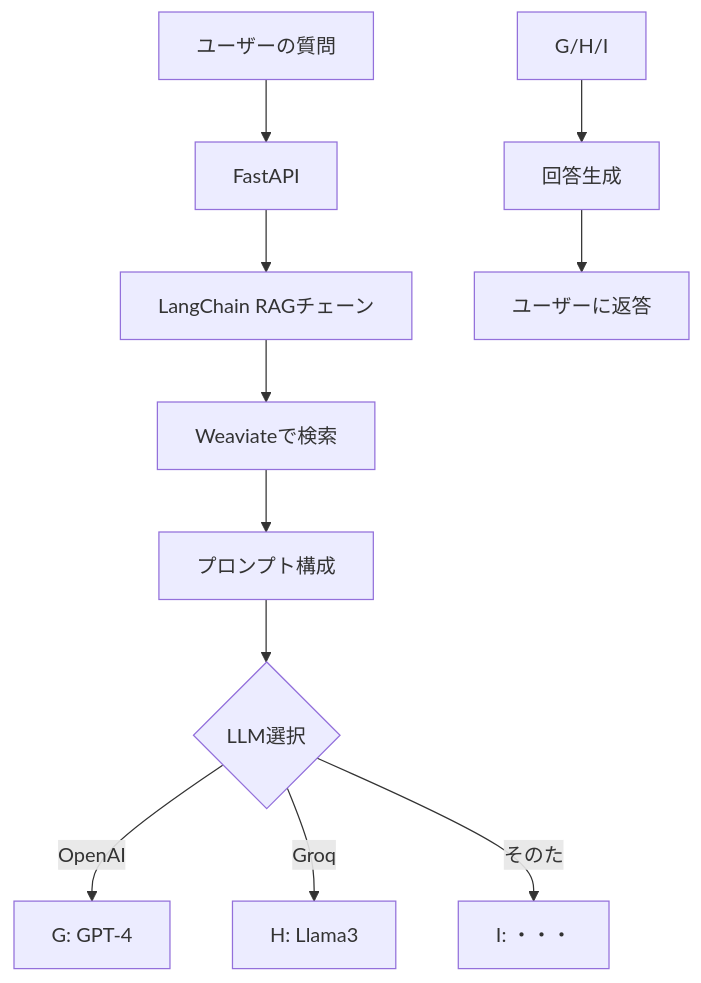
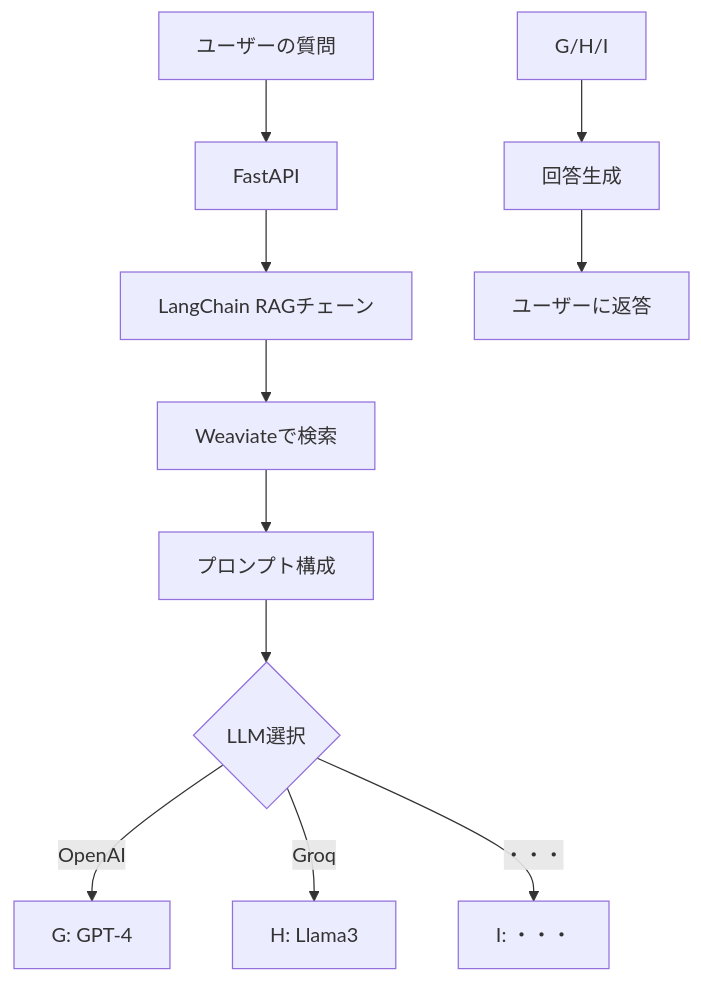
Before and after one commit to 8alfalfa8/freeAiChat: the diagram in README.md, drawn with Mermaid.

````diff
--- a/README.md
+++ b/README.md
@@ -107,13 +107,13 @@
 ```mermaid
 graph TD
 A[ユーザーの質問] --> B[FastAPI]
 B --> C[LangChain RAGチェーン]
 C --> D[Weaviateで検索]
 D --> E[プロンプト構成]
 E --> F{LLM選択}
 F -->|OpenAI| G[ G: GPT-4]
 F -->|Groq| H[ H: Llama3]
-F -->|そのた| I[ I: ・・・]
+F -->|・・・| I[ I: ・・・]
 G/H/I --> J[回答生成]
 J --> K[ユーザーに返答]
 ```
````
